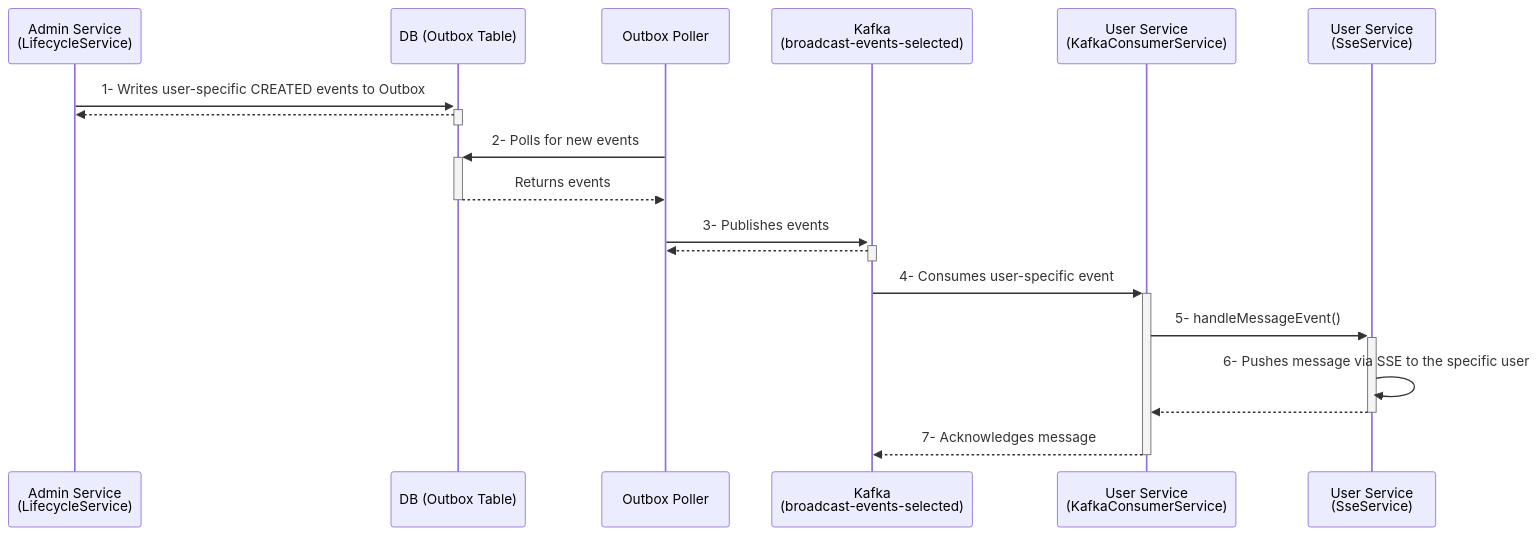
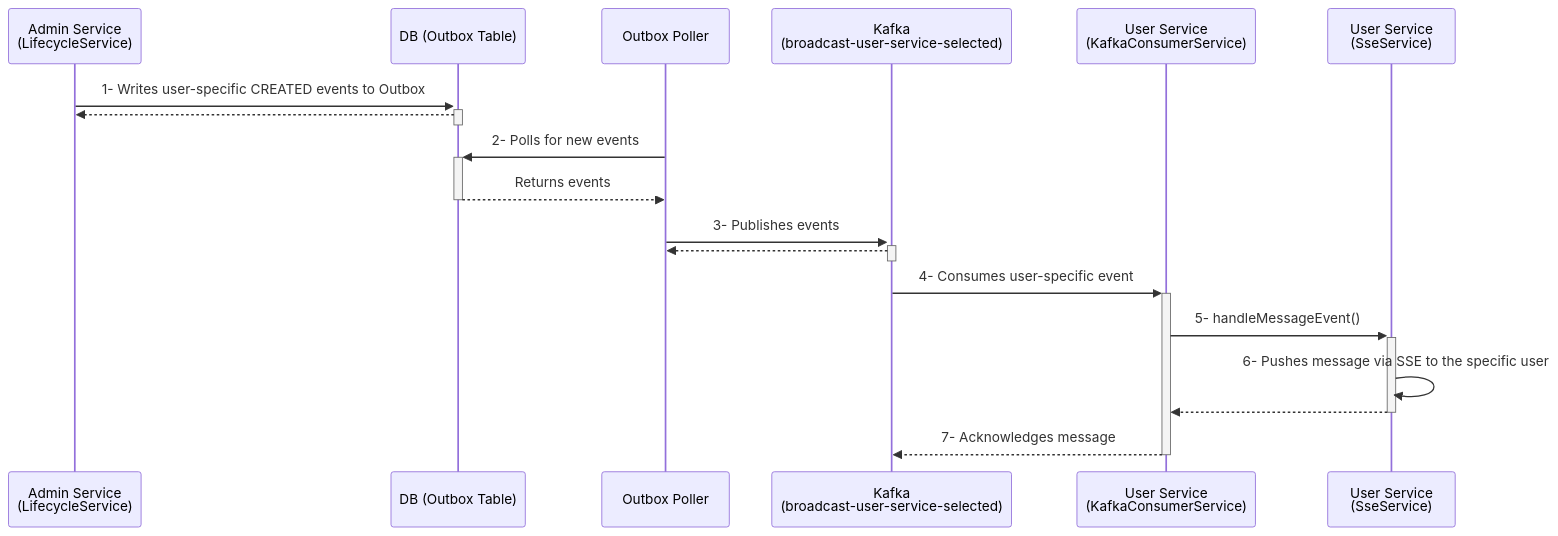
One commit to rsrini7/Notification-SSE-GLM-Flux changed the diagram in MermaidDiagrams/seq-kafka-selected-users-messages.mmd. Above: the diagram before and after it, drawn with Mermaid. The commit also changed 20 other files, not shown here.

First line of the commit message:
refactor(kafka): rename broadcast-events to broadcast-user-service for clarity

```diff
--- a/MermaidDiagrams/seq-kafka-selected-users-messages.mmd
+++ b/MermaidDiagrams/seq-kafka-selected-users-messages.mmd
@@ -1,22 +1,22 @@
 sequenceDiagram
     participant AdminSvc as Admin Service <br/> (LifecycleService)
     participant DB as DB (Outbox Table)
     participant OutboxPoller as Outbox Poller
-    participant Kafka as Kafka <br/> (broadcast-events-selected)
+    participant Kafka as Kafka <br/> (broadcast-user-service-selected)
     participant Worker as User Service <br/> (KafkaConsumerService)
     participant SseSvc as User Service <br/> (SseService)
 
     AdminSvc->>+DB: 1- Writes user-specific CREATED events to Outbox
     DB-->>-AdminSvc: 
     
     OutboxPoller->>+DB: 2- Polls for new events
     DB-->>-OutboxPoller: Returns events
     
     OutboxPoller->>+Kafka: 3- Publishes events
     Kafka-->>-OutboxPoller: 
     
     Kafka->>+Worker: 4- Consumes user-specific event
     Worker->>+SseSvc: 5- handleMessageEvent()
     SseSvc->>SseSvc: 6- Pushes message via SSE to the specific user
     SseSvc-->>-Worker: 
     Worker-->>-Kafka: 7- Acknowledges message
```
